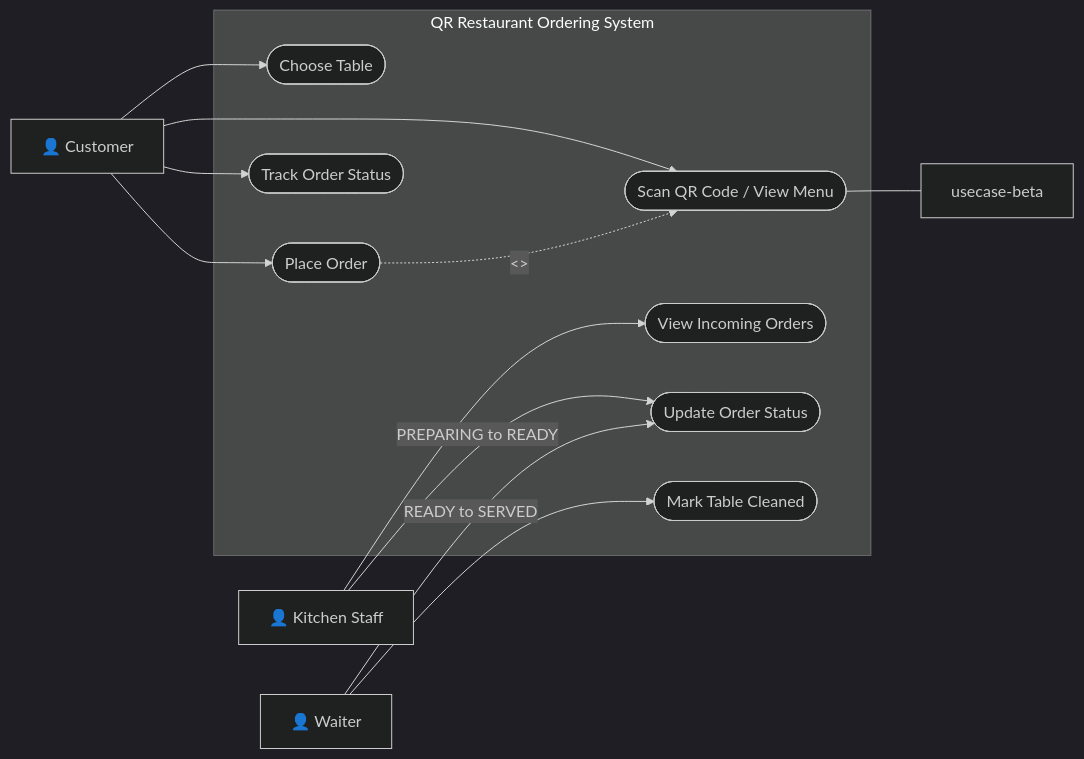
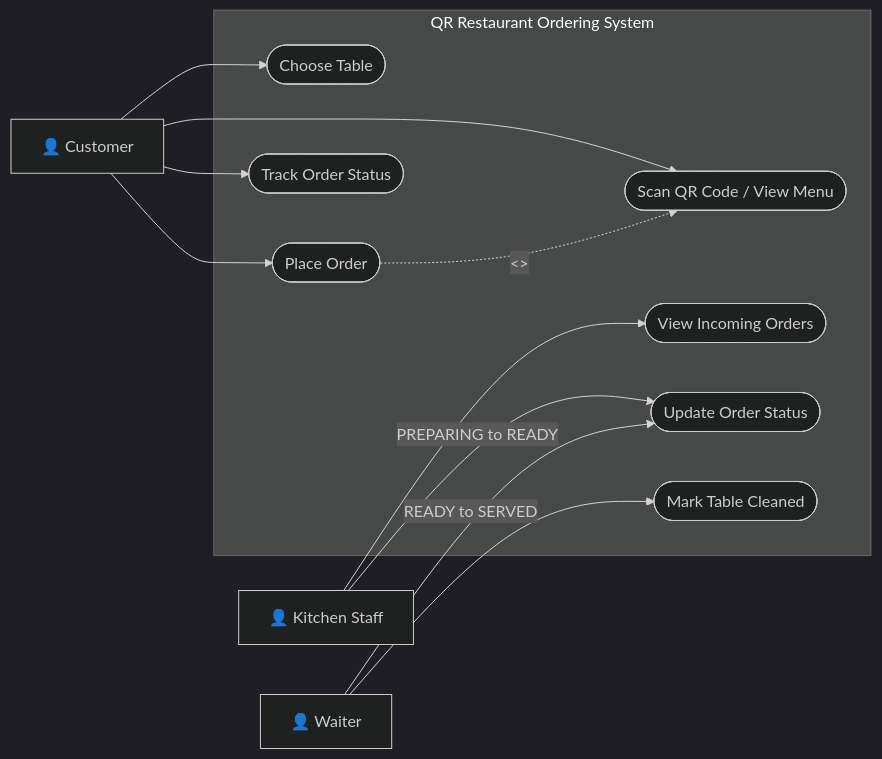
Before and after one commit to zawnaylin/gisma-advance-programming-assessment: the diagram in docs/usecase.mmd, drawn with Mermaid (dark theme). The commit also changed 11 other files, not shown here.

```diff
--- a/docs/usecase.mmd
+++ b/docs/usecase.mmd
@@ -1,28 +1,26 @@
 flowchart LR
     Customer["👤 Customer"]
     Waiter["👤 Waiter"]
     Kitchen["👤 Kitchen Staff"]
 
     subgraph System["QR Restaurant Ordering System"]
         UC0(["Choose Table"])
         UC1(["Scan QR Code / View Menu"])
         UC2(["Place Order"])
         UC3(["Track Order Status"])
         UC4(["View Incoming Orders"])
         UC5(["Update Order Status"])
         UC6(["Mark Table Cleaned"])
     end
 
     Customer --> UC0
     Customer --> UC1
     Customer --> UC2
     Customer --> UC3
 
     Kitchen --> UC4
     Kitchen -->|PREPARING to READY| UC5
     Waiter -->|READY to SERVED| UC5
     Waiter --> UC6
 
     UC2 -.->|"<<include>>"| UC1
----
-usecase-beta
```
